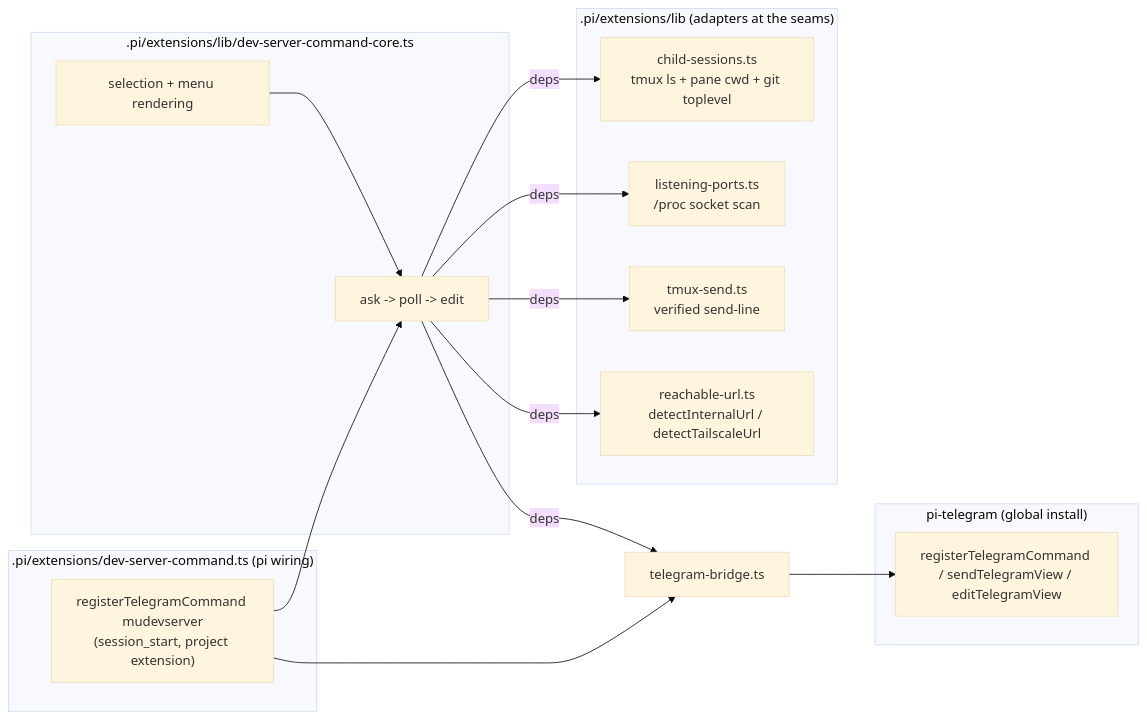
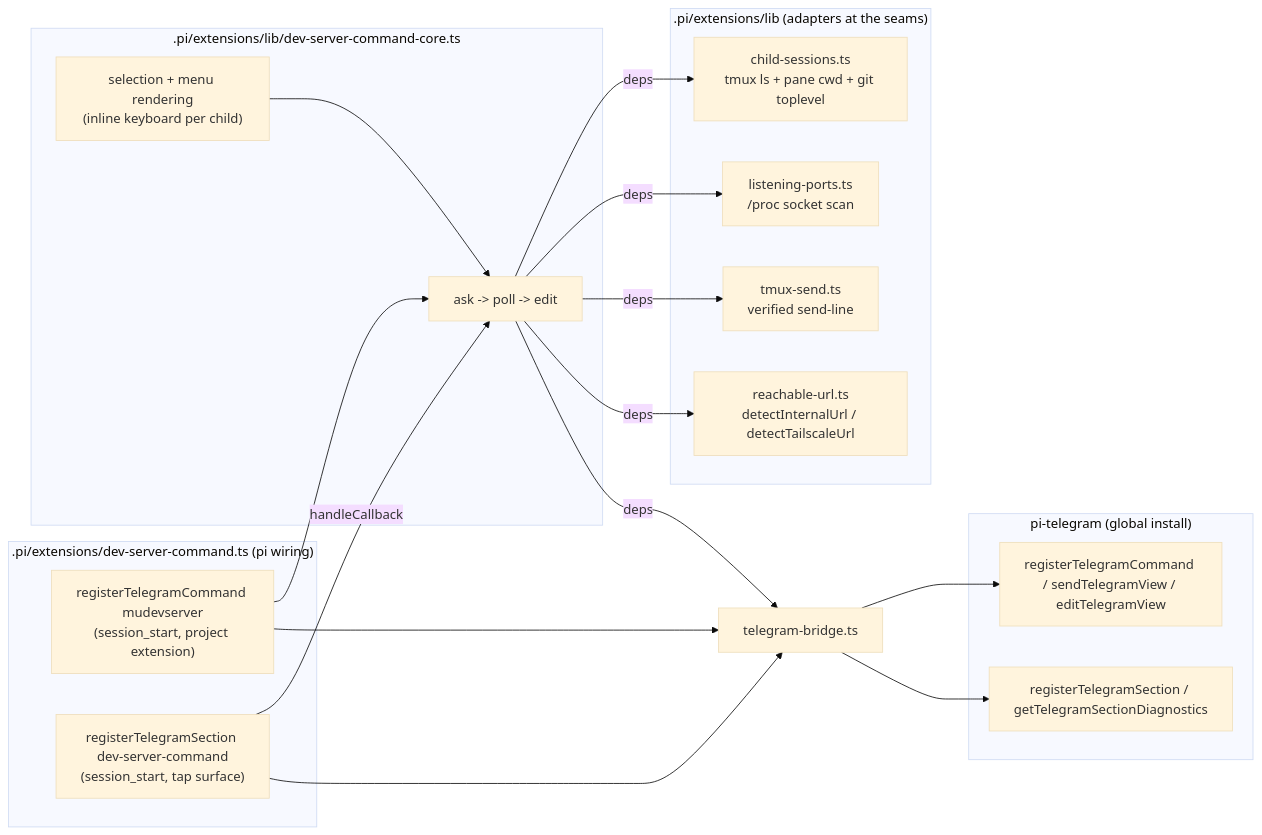
One commit to jseto/ai-commander changed the diagram in specs/dev-server-command/dev-server-command-design.md. Above: the diagram before and after it, drawn with Mermaid (base theme). The commit also changed other lines of this file and 7 other files, not shown here.

First line of the commit message:
feat(dev-server): tap-to-select inline-keyboard menu for /mudevserver [REQ-19..REQ-26] (#24)

````diff
--- a/specs/dev-server-command/dev-server-command-design.md
+++ b/specs/dev-server-command/dev-server-command-design.md
@@ -131,29 +201,34 @@
 ```mermaid
 flowchart LR
   subgraph wiring [".pi/extensions/dev-server-command.ts (pi wiring)"]
     CMD["registerTelegramCommand mudevserver\n(session_start, project extension)"]
+    SEC["registerTelegramSection dev-server-command\n(session_start, tap surface)"]
   end
   subgraph core [".pi/extensions/lib/dev-server-command-core.ts"]
-    SEL["selection + menu rendering"]
+    SEL["selection + menu rendering\n(inline keyboard per child)"]
     FLOW["ask -> poll -> edit"]
   end
   subgraph adapters [".pi/extensions/lib (adapters at the seams)"]
     CS["child-sessions.ts\ntmux ls + pane cwd + git toplevel"]
     LP["listening-ports.ts\n/proc socket scan"]
     TS["tmux-send.ts\nverified send-line"]
     RU["reachable-url.ts\ndetectInternalUrl / detectTailscaleUrl"]
   end
   BR["telegram-bridge.ts"]
   subgraph tg ["pi-telegram (global install)"]
     SV["registerTelegramCommand / sendTelegramView / editTelegramView"]
+    SX["registerTelegramSection / getTelegramSectionDiagnostics"]
   end
   CMD --> FLOW
+  SEC -->|handleCallback| FLOW
   SEL --> FLOW
   CMD --> BR
+  SEC --> BR
   BR --> SV
+  BR --> SX
   FLOW -->|deps| CS
   FLOW -->|deps| LP
   FLOW -->|deps| TS
   FLOW -->|deps| RU
   FLOW -->|deps| BR
 ```
````
